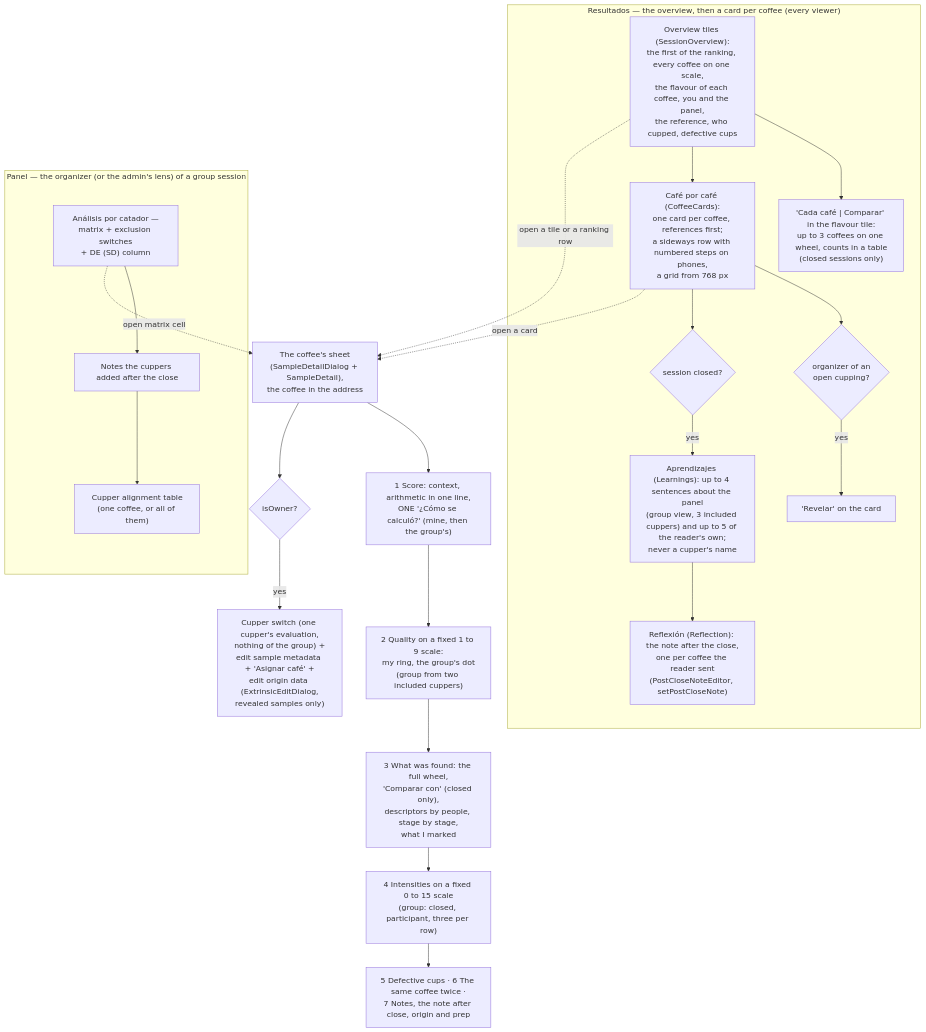
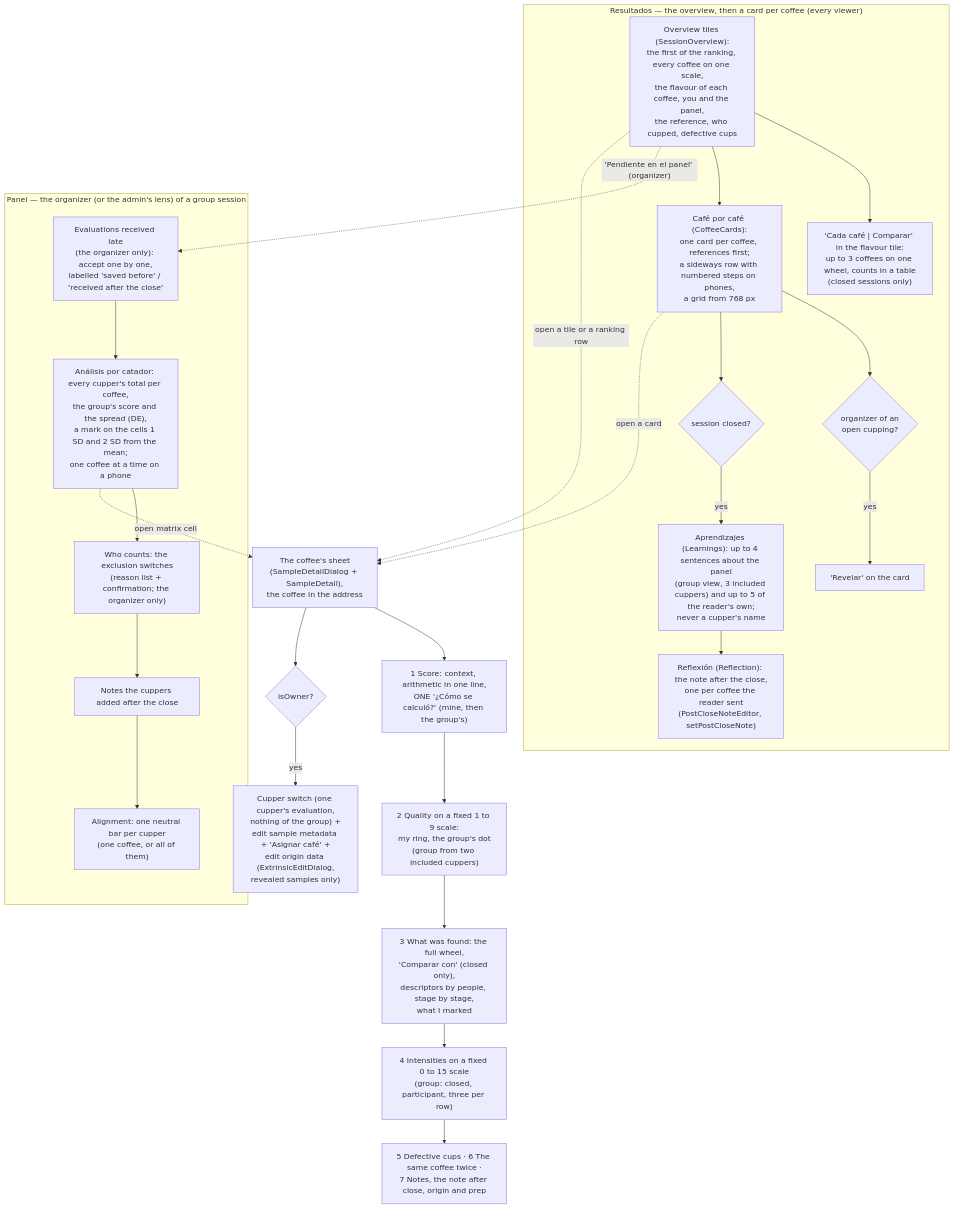
Diagram 16 of 22 in docs/flows.md (ricardovelezd27/cata-cafe), drawn with Mermaid before and after one commit. The commit also changed other lines of this file and 24 other files, not shown here.

````diff
--- a/docs/flows.md
+++ b/docs/flows.md
@@ -1209,41 +1213,46 @@
 ```mermaid
 flowchart TD
     subgraph T1 ["Resultados — the overview, then a card per coffee (every viewer)"]
         R1["Overview tiles (SessionOverview):\nthe first of the ranking, every coffee on one scale,\nthe flavour of each coffee, you and the panel,\nthe reference, who cupped, defective cups"]
         R1b["'Cada café | Comparar' in the flavour tile:\nup to 3 coffees on one wheel, counts in a table\n(closed sessions only)"]
         R2["Café por café (CoffeeCards):\none card per coffee, references first;\na sideways row with numbered steps on phones,\na grid from 768 px"]
         R2o{"organizer of an\nopen cupping?"}
         R2r["'Revelar' on the card"]
         R4{"session closed?"}
         R4l["Aprendizajes (Learnings): up to 4 sentences about the panel\n(group view, 3 included cuppers) and up to 5 of the reader's own;\nnever a cupper's name"]
         R4r["Reflexión (Reflection): the note after the close,\none per coffee the reader sent\n(PostCloseNoteEditor, setPostCloseNote)"]
         R1 --> R1b
         R1 --> R2
         R2 --> R2o
         R2o -- yes --> R2r
         R2 --> R4
         R4 -- yes --> R4l
         R4l --> R4r
     end
 
     subgraph T2 ["Panel — the organizer (or the admin's lens) of a group session"]
-        S3["Análisis por catador —\nmatrix + exclusion switches\n+ DE (SD) column"]
+        S2["Evaluations received late\n(the organizer only): accept one by one,\nlabelled 'saved before' / 'received after the close'"]
+        S3["Análisis por catador: every cupper's total per coffee,\nthe group's score and the spread (DE),\na mark on the cells 1 SD and 2 SD from the mean;\none coffee at a time on a phone"]
+        S3b["Who counts: the exclusion switches\n(reason list + confirmation; the organizer only)"]
         S4["Notes the cuppers added after the close"]
-        S5["Cupper alignment table\n(one coffee, or all of them)"]
-        S3 --> S4
+        S5["Alignment: one neutral bar per cupper\n(one coffee, or all of them)"]
+        S2 --> S3
+        S3 --> S3b
+        S3b --> S4
         S4 --> S5
     end
 
+    R1 -.->|"'Pendiente en el panel' (organizer)"| S2
     R1 -.->|open a tile or a ranking row| DET
     R2 -.->|open a card| DET
     S3 -.->|open matrix cell| DET
 
     DET["The coffee's sheet\n(SampleDetailDialog + SampleDetail),\nthe coffee in the address"]
     DET --> SH1["1 Score: context, arithmetic in one line,\nONE '¿Cómo se calculó?' (mine, then the group's)"]
     SH1 --> SH2["2 Quality on a fixed 1 to 9 scale:\nmy ring, the group's dot\n(group from two included cuppers)"]
     SH2 --> SH3["3 What was found: the full wheel,\n'Comparar con' (closed only),\ndescriptors by people, stage by stage,\nwhat I marked"]
     SH3 --> SH4["4 Intensities on a fixed 0 to 15 scale\n(group: closed, participant, three per row)"]
     SH4 --> SH5["5 Defective cups · 6 The same coffee twice ·\n7 Notes, the note after close, origin and prep"]
     DET --> DETOWNER{"isOwner?"}
     DETOWNER -- yes --> DETX["Cupper switch (one cupper's evaluation,\nnothing of the group) +\nedit sample metadata + 'Asignar café' +\nedit origin data (ExtrinsicEditDialog,\nrevealed samples only)"]
 ```
````
